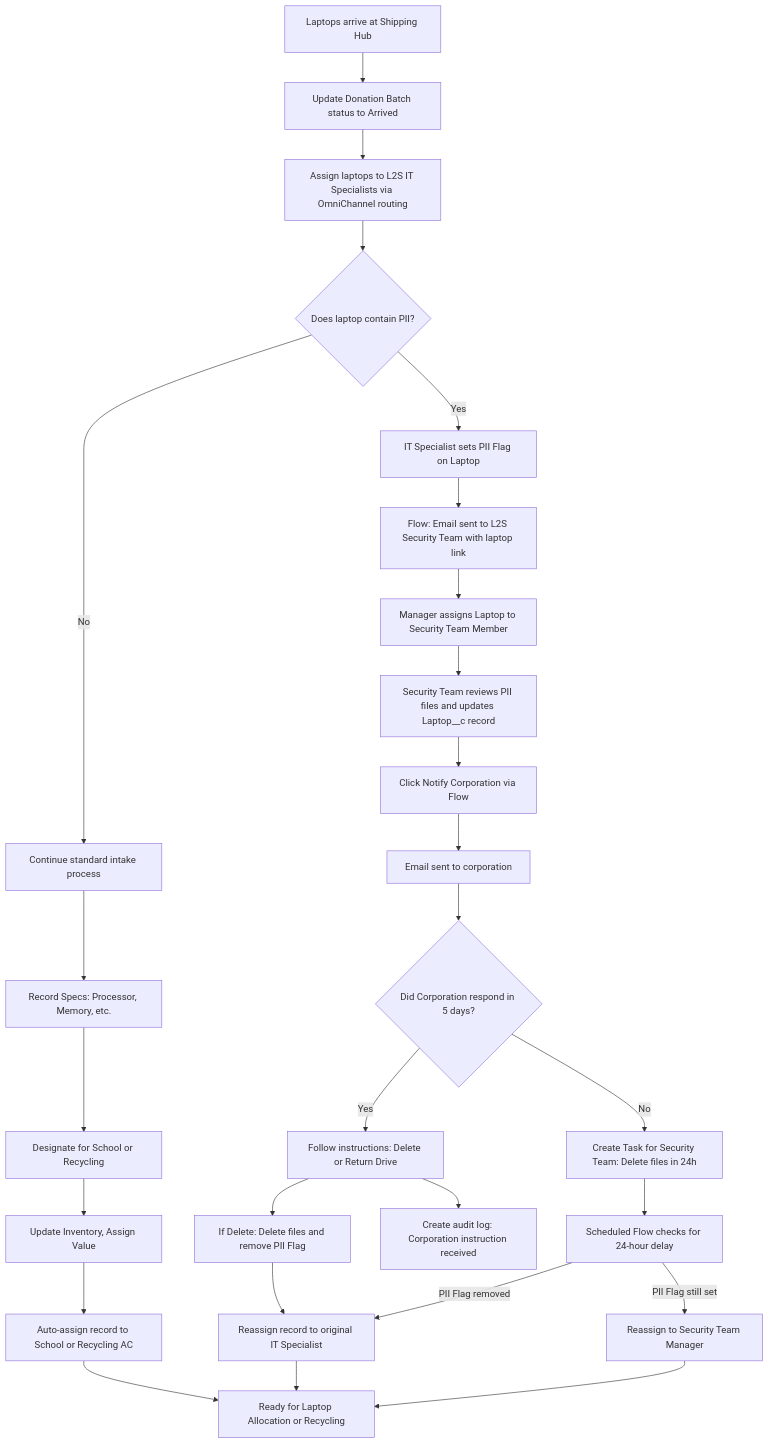
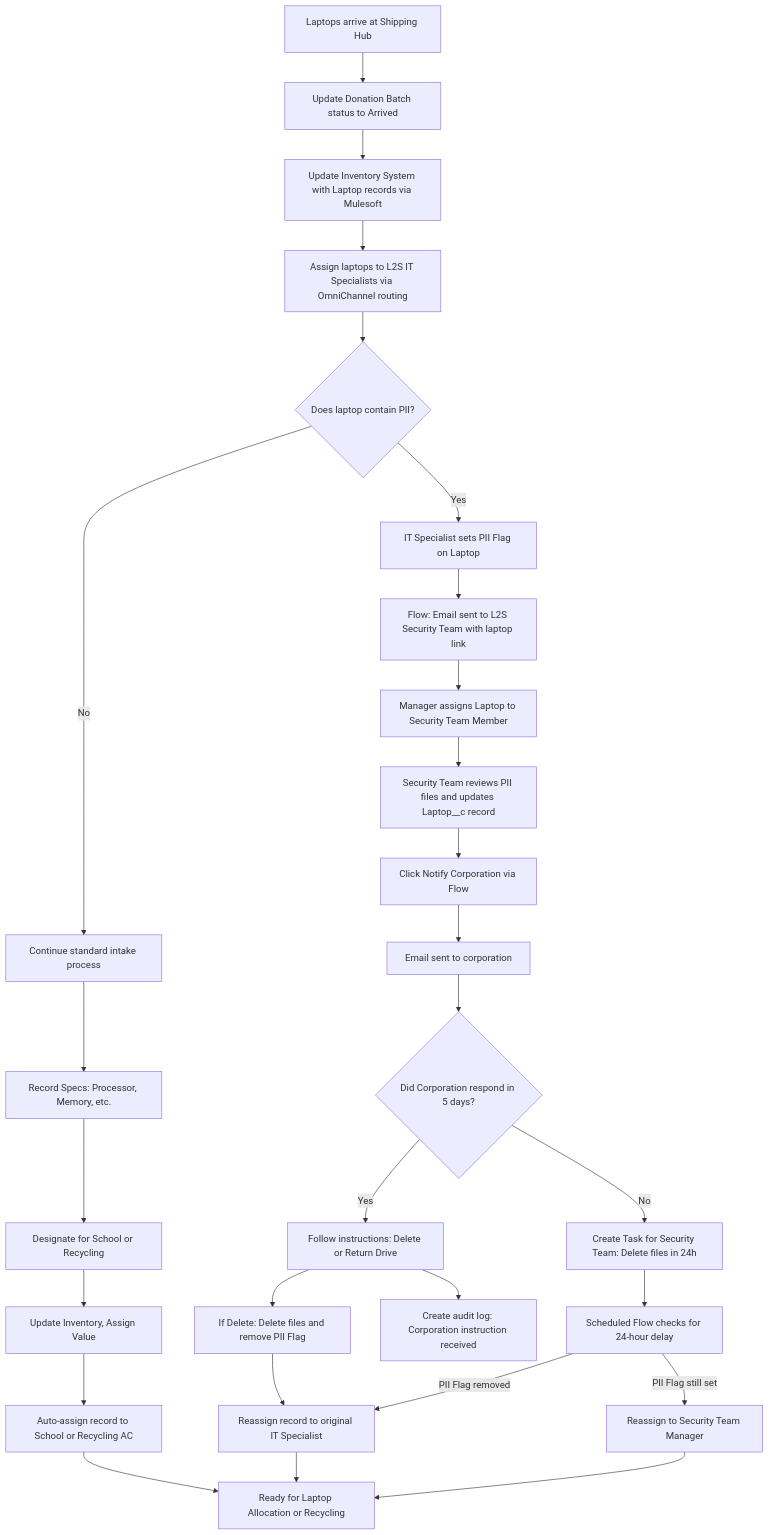
Before and after one commit to matthew-zolp/Laptops2Schools: the diagram in BusinessProcessFlowDiagrams/L2S_Step_3_Laptop_Intake.md, drawn with Mermaid.

````diff
--- a/BusinessProcessFlowDiagrams/L2S_Step_3_Laptop_Intake.md
+++ b/BusinessProcessFlowDiagrams/L2S_Step_3_Laptop_Intake.md
@@ -3,38 +3,32 @@
 ```mermaid
 flowchart TD
     A[Laptops arrive at Shipping Hub] --> B[Update Donation Batch status to Arrived]
-    B --> C[Assign laptops to L2S IT Specialists via OmniChannel routing]
-
+    B --> C1[Update Inventory System with Laptop records via Mulesoft]
+    C1 --> C[Assign laptops to L2S IT Specialists via OmniChannel routing]
     C --> D{Does laptop contain PII?}
     D -- No --> E[Continue standard intake process]
     E --> E1[Record Specs: Processor, Memory, etc.]
     E1 --> E2[Designate for School or Recycling]
     E2 --> E3[Update Inventory, Assign Value]
     E3 --> E4[Auto-assign record to School or Recycling AC]
-
     D -- Yes --> F[IT Specialist sets PII Flag on Laptop]
     F --> G[Flow: Email sent to L2S Security Team with laptop link]
     G --> H[Manager assigns Laptop to Security Team Member]
     H --> I[Security Team reviews PII files and updates Laptop__c record]
-
     I --> J[Click Notify Corporation via Flow]
     J --> K[Email sent to corporation]
-
     K --> L{Did Corporation respond in 5 days?}
     L -- Yes --> M[Follow instructions: Delete or Return Drive]
     M --> N[If Delete: Delete files and remove PII Flag]
     N --> O[Reassign record to original IT Specialist]
-
     L -- No --> P[Create Task for Security Team: Delete files in 24h]
     P --> Q[Scheduled Flow checks for 24-hour delay]
     Q -- PII Flag removed --> O
     Q -- PII Flag still set --> R[Reassign to Security Team Manager]
-
     %% Audit Trail (optional enhancement)
     M --> AT3[Create audit log: Corporation instruction received]
-
     %% End state
     E4 --> Z[Ready for Laptop Allocation or Recycling]
     O --> Z
     R --> Z
 ```
````
